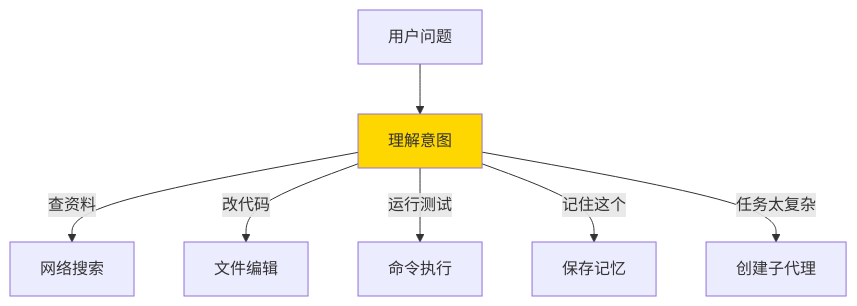
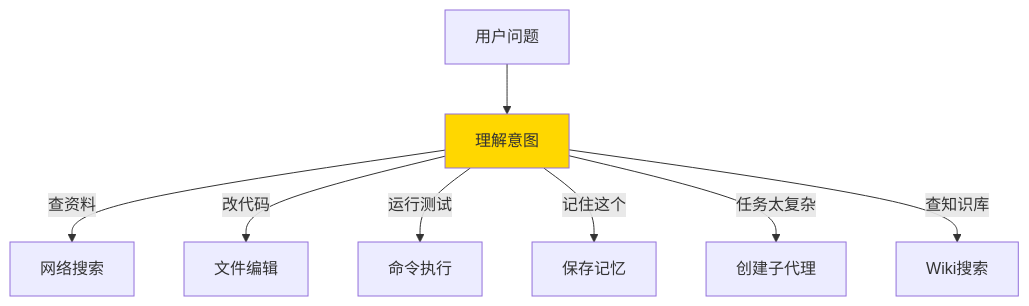
One commit to yeheng/nanobot-rs changed diagram 13 of 17 in docs/tools.md. Above: the diagram before and after it, drawn with Mermaid. The commit also changed other lines of this file and 57 other files, not shown here.

````diff
--- a/docs/tools.md
+++ b/docs/tools.md
@@ -357,12 +400,13 @@
 ```mermaid
 flowchart TB
     Q[用户问题] --> Understand[理解意图]
     
     Understand -->|查资料| Search[网络搜索]
     Understand -->|改代码| File[文件编辑]
     Understand -->|运行测试| Shell[命令执行]
     Understand -->|记住这个| Memory[保存记忆]
     Understand -->|任务太复杂| Subagent[创建子代理]
+    Understand -->|查知识库| Wiki[Wiki搜索]
     
     style Understand fill:#FFD700
 ```
````
